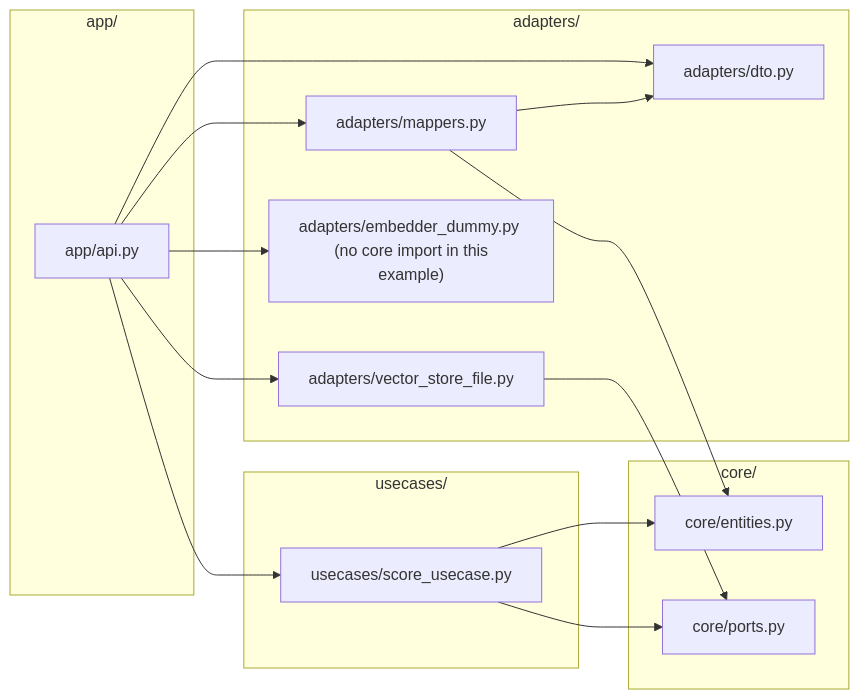
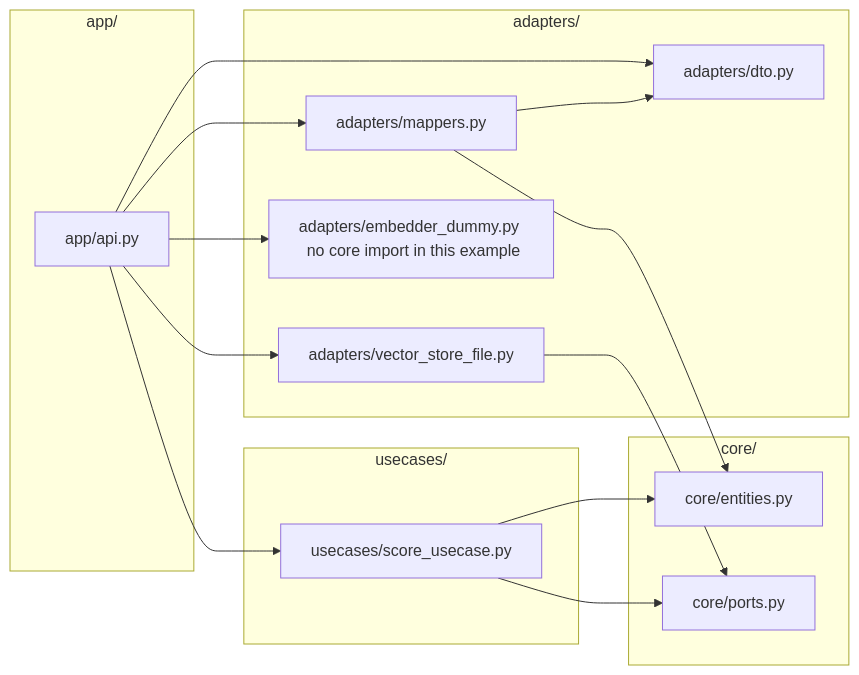
One commit to changhyeon363/blog changed the first of 2 diagrams in content/input&기록/2025-12-27.md. Above: the diagram before and after it, drawn with Mermaid. The commit also changed other lines of this file, not shown here.

````diff
--- a/content/input&기록/2025-12-27.md
+++ b/content/input&기록/2025-12-27.md
@@ -893,44 +895,44 @@
 ```mermaid
 flowchart LR
   %% arrows = "imports / depends on"
 
   subgraph APP["app/"]
     api["app/api.py"]
   end
 
   subgraph ADAPTERS["adapters/"]
     dto["adapters/dto.py"]
     mappers["adapters/mappers.py"]
     store_file["adapters/vector_store_file.py"]
-    embedder["adapters/embedder_dummy.py  (no core import in this example)"]
+    embedder["adapters/embedder_dummy.py  no core import in this example"]
   end
 
   subgraph USECASES["usecases/"]
     score_uc["usecases/score_usecase.py"]
   end
 
   subgraph CORE["core/"]
     entities["core/entities.py"]
     ports["core/ports.py"]
   end
 
   %% app imports
   api --> dto
   api --> mappers
   api --> score_uc
   api --> store_file
   api --> embedder
 
   %% usecase imports
   score_uc --> entities
   score_uc --> ports
 
   %% adapters imports (only where needed)
   mappers --> dto
   mappers --> entities
 
   store_file --> ports
 
   %% embedder: no core import in this toy setup
 
 ```
````
